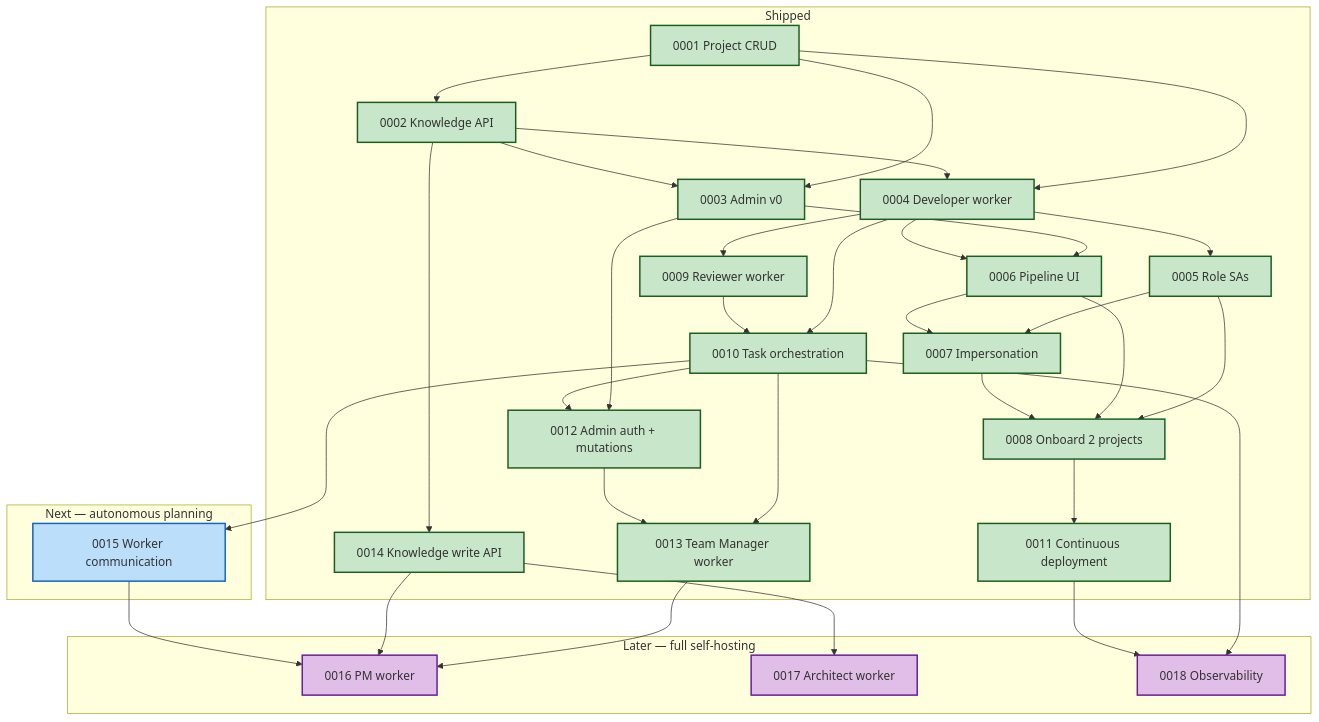
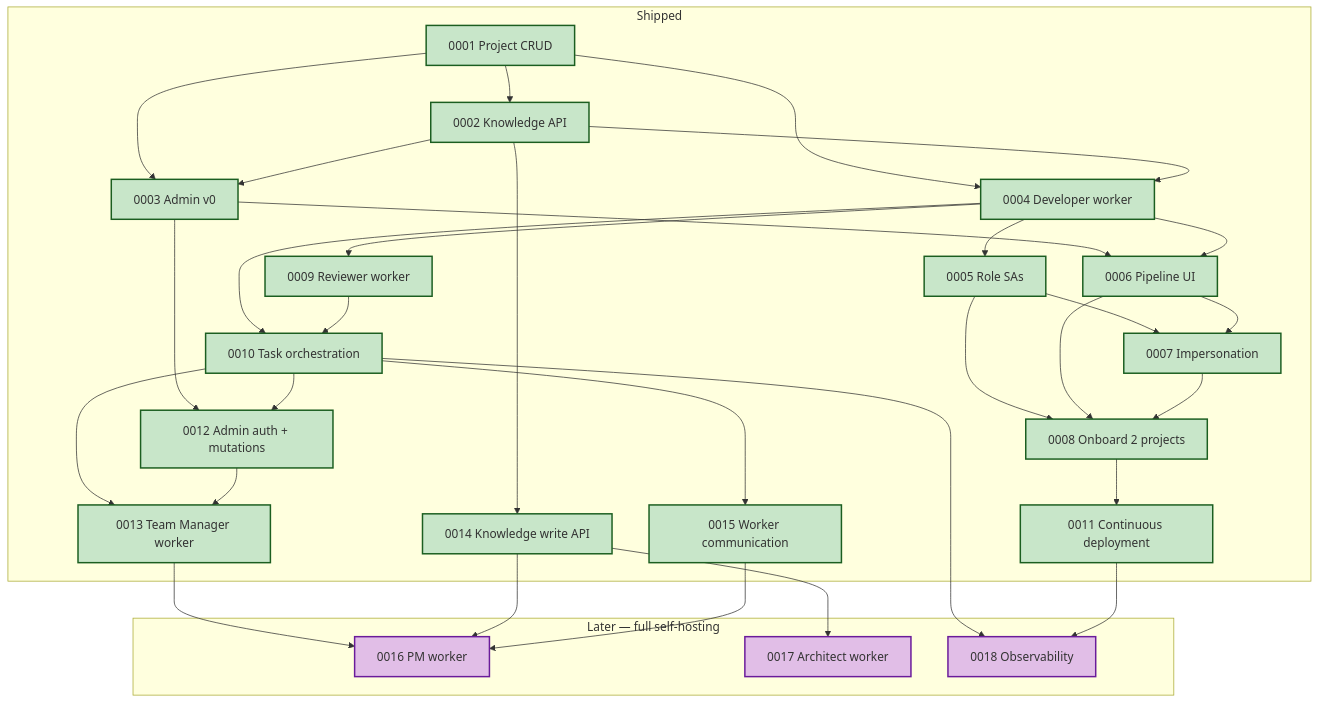
One commit to coder-devx/coder-system changed the diagram in system/product-specs/ROADMAP.md. Above: the diagram before and after it, drawn with Mermaid. The commit also changed other lines of this file and 6 other files, not shown here.

````diff
--- a/system/product-specs/ROADMAP.md
+++ b/system/product-specs/ROADMAP.md
@@ -308,74 +306,70 @@
 ```mermaid
 flowchart TB
   subgraph shipped [Shipped]
     s1["0001 Project CRUD"]
     s2["0002 Knowledge API"]
     s3["0003 Admin v0"]
     s4["0004 Developer worker"]
     s5["0005 Role SAs"]
     s6["0006 Pipeline UI"]
     s7["0007 Impersonation"]
     s8["0008 Onboard 2 projects"]
     s9["0009 Reviewer worker"]
     s10["0010 Task orchestration"]
     s11["0011 Continuous deployment"]
     s12["0012 Admin auth + mutations"]
     s13["0013 Team Manager worker"]
     s14["0014 Knowledge write API"]
-  end
-
-  subgraph next ["Next — autonomous planning"]
     s15["0015 Worker communication"]
   end
 
   subgraph later ["Later — full self-hosting"]
     s16["0016 PM worker"]
     s17["0017 Architect worker"]
     s18["0018 Observability"]
   end
 
   %% Shipped internal deps
   s1 --> s2
   s1 --> s3
   s1 --> s4
   s2 --> s3
   s2 --> s4
   s3 --> s6
   s4 --> s5
   s4 --> s6
   s5 --> s7
   s6 --> s7
   s5 --> s8
   s6 --> s8
   s7 --> s8
 
   %% Now deps
   s4 --> s9
   s4 --> s10
   s9 --> s10
   s8 --> s11
   s3 --> s12
   s10 --> s12
 
   %% Next deps
   s10 --> s13
   s12 --> s13
   s2 --> s14
   s10 --> s15
 
   %% Later deps
   s13 --> s16
   s14 --> s16
   s15 --> s16
   s14 --> s17
   s10 --> s18
   s11 --> s18
 
   classDef shipped fill:#c8e6c9,stroke:#1b5e20,stroke-width:2px
   classDef next fill:#bbdefb,stroke:#1565c0,stroke-width:2px
   classDef later fill:#e1bee7,stroke:#6a1b9a,stroke-width:2px
 
-  class s1,s2,s3,s4,s5,s6,s7,s8,s9,s10,s11,s12,s13,s14 shipped
-  class s15 next
+  class s1,s2,s3,s4,s5,s6,s7,s8,s9,s10,s11,s12,s13,s14,s15 shipped
   class s16,s17,s18 later
 ```
````
